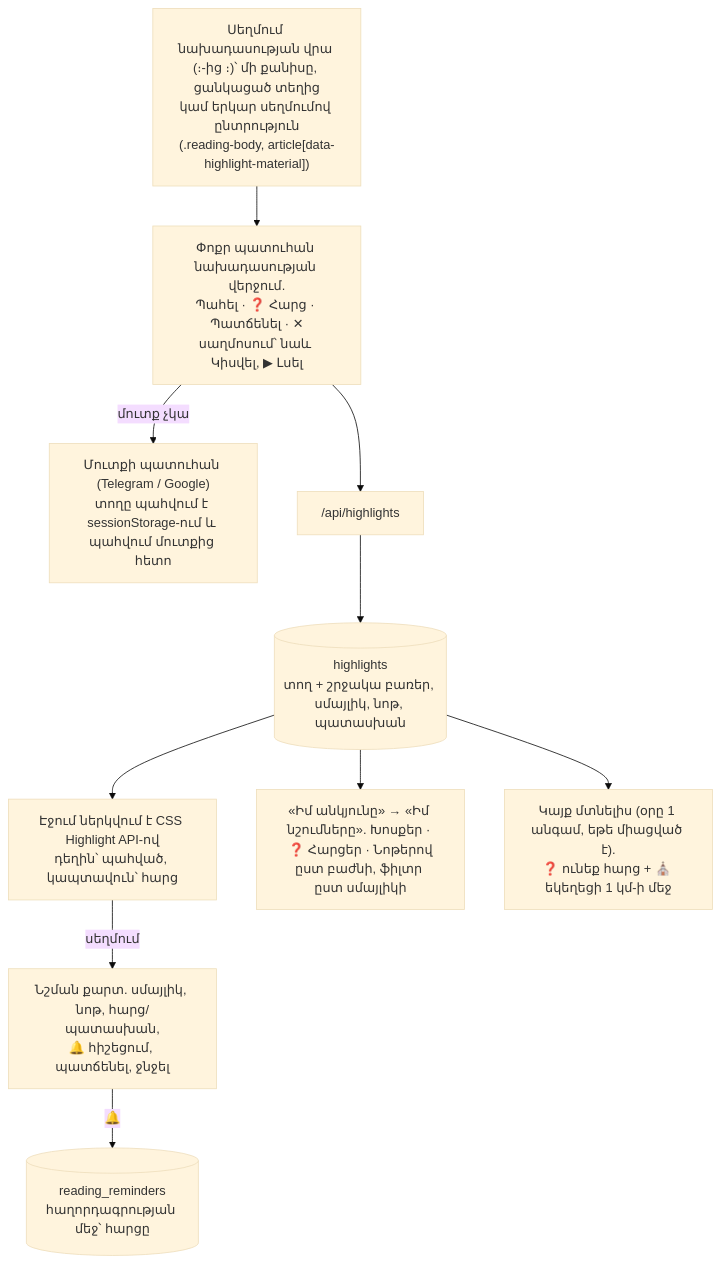
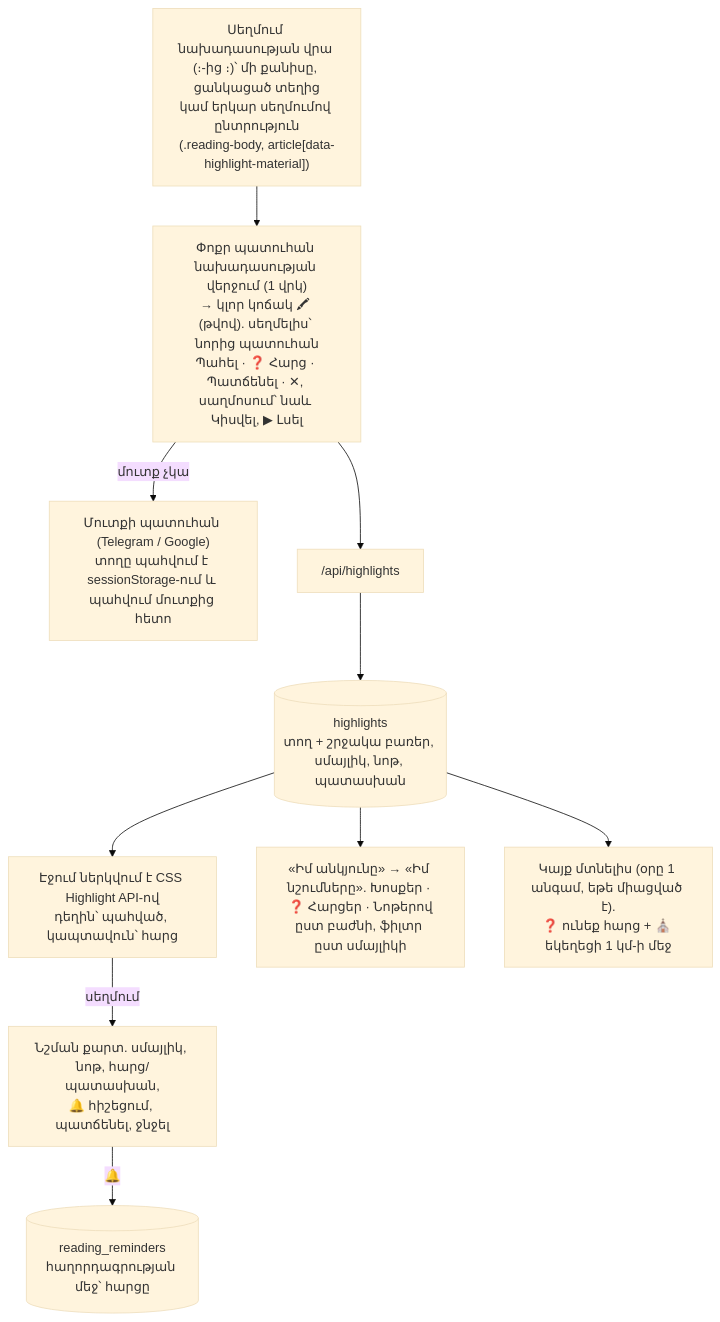
Before and after one commit to T0n0yan/armenian-apostolic-digital-library: diagram 14 of 23 in docs/ARCHITECTURE.md, drawn with Mermaid (base theme). The commit also changed other lines of this file and 6 other files, not shown here.

First line of the commit message:
Նշումներ. պատուհանը դառնում է կլոր կոճակ, ջնջել՝ մեկ սեղմումով, սմայլիկ՝ ✓/✕

````diff
--- a/docs/ARCHITECTURE.md
+++ b/docs/ARCHITECTURE.md
@@ -381,11 +381,11 @@
 ```mermaid
 flowchart TD
-  SEL["Սեղմում նախադասության վրա (։-ից ։)՝ մի քանիսը, ցանկացած տեղից<br/>կամ երկար սեղմումով ընտրություն<br/>(.reading-body, article[data-highlight-material])"] --> BAR["Փոքր պատուհան նախադասության վերջում.<br/>Պահել · ❓ Հարց · Պատճենել · ✕<br/>սաղմոսում՝ նաև Կիսվել, ▶ Լսել"]
+  SEL["Սեղմում նախադասության վրա (։-ից ։)՝ մի քանիսը, ցանկացած տեղից<br/>կամ երկար սեղմումով ընտրություն<br/>(.reading-body, article[data-highlight-material])"] --> BAR["Փոքր պատուհան նախադասության վերջում (1 վրկ)<br/>→ կլոր կոճակ 🖍 (թվով). սեղմելիս՝ նորից պատուհան<br/>Պահել · ❓ Հարց · Պատճենել · ✕, սաղմոսում՝ նաև Կիսվել, ▶ Լսել"]
   BAR -->|"մուտք չկա"| SIGN["Մուտքի պատուհան (Telegram / Google)<br/>տողը պահվում է sessionStorage-ում և պահվում մուտքից հետո"]
   BAR --> API["/api/highlights"] --> DB[("highlights<br/>տող + շրջակա բառեր, սմայլիկ, նոթ, պատասխան")]
   DB --> PAINT["Էջում ներկվում է CSS Highlight API-ով<br/>դեղին՝ պահված, կապտավուն՝ հարց"]
   PAINT -->|"սեղմում"| SHEET["Նշման քարտ. սմայլիկ, նոթ, հարց/պատասխան,<br/>🔔 հիշեցում, պատճենել, ջնջել"]
   DB --> NOTES["«Իմ անկյունը» → «Իմ նշումները». Խոսքեր · ❓ Հարցեր · Նոթերով<br/>ըստ բաժնի, ֆիլտր ըստ սմայլիկի"]
   SHEET -->|"🔔"| REM[("reading_reminders<br/>հաղորդագրության մեջ՝ հարցը")]
   DB --> NUDGE["Կայք մտնելիս (օրը 1 անգամ, եթե միացված է).<br/>❓ ունեք հարց + ⛪ եկեղեցի 1 կմ-ի մեջ"]
 ```
````
